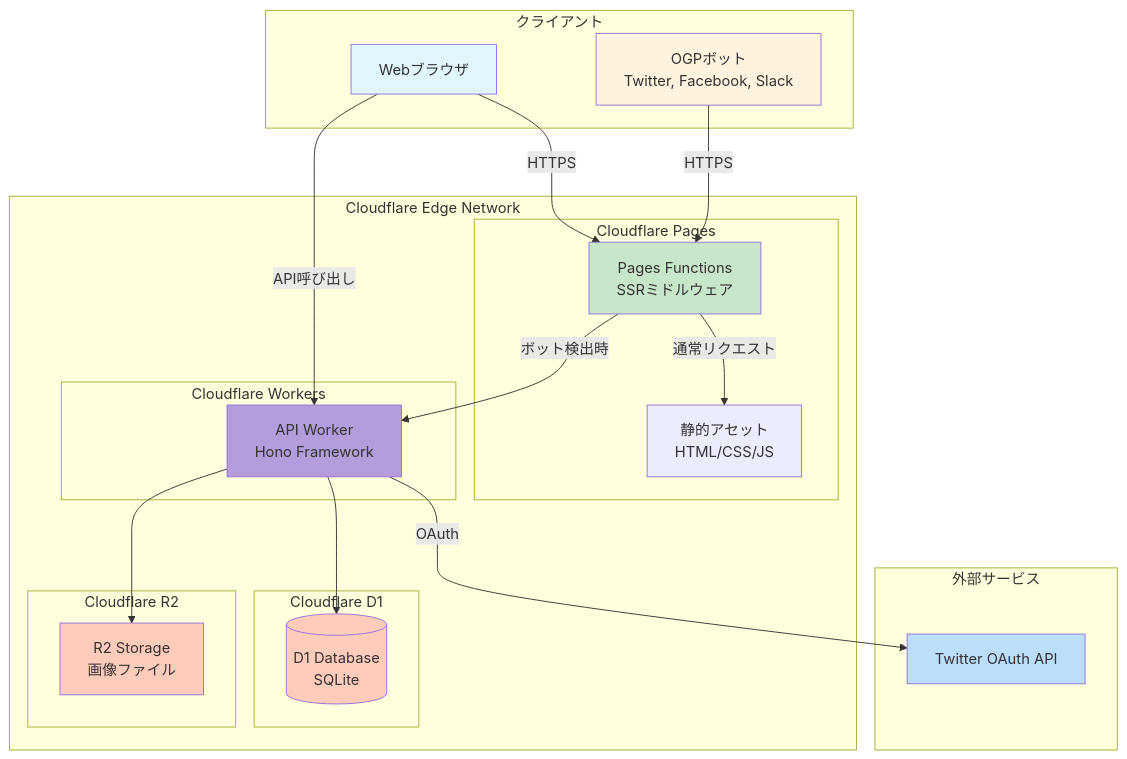
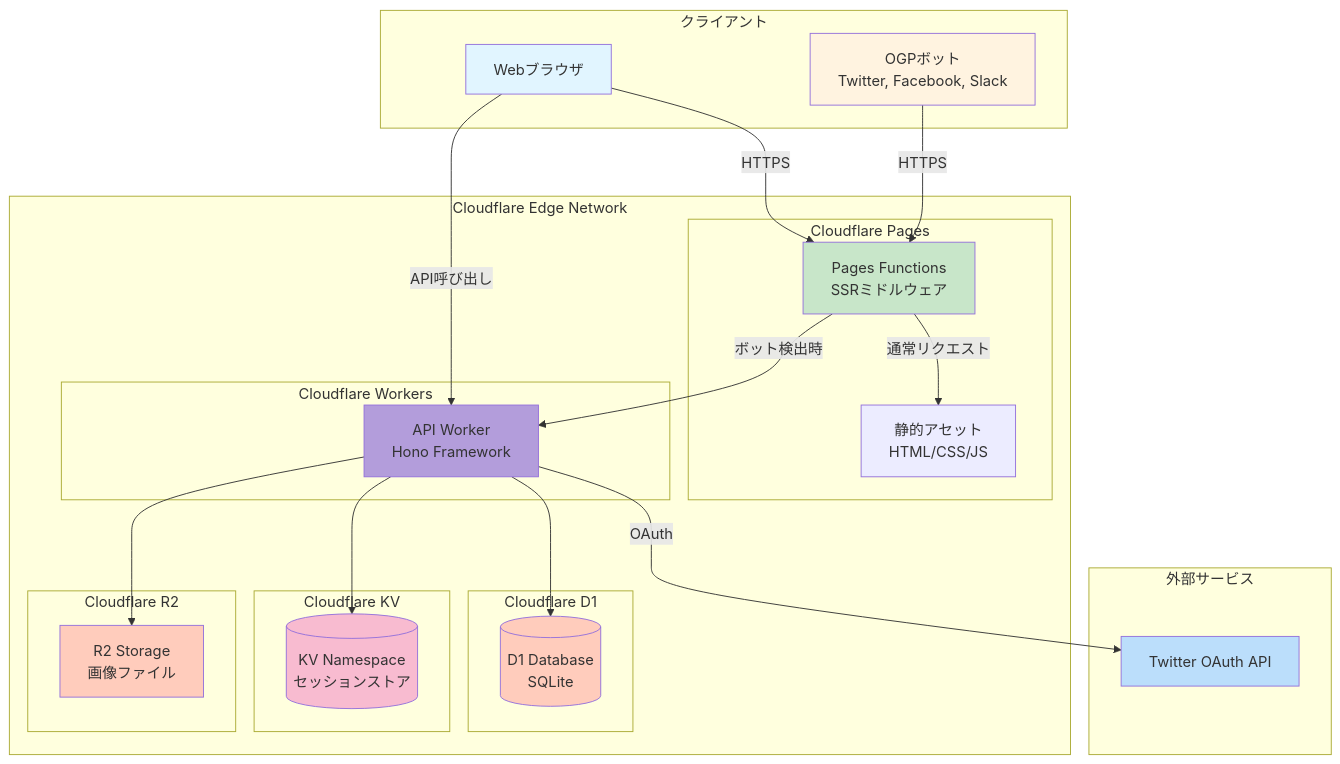
Before and after one commit to 7474/shumilog: the first of 8 diagrams in docs/architecture.md, drawn with Mermaid. The commit also changed other lines of this file, not shown here.

Commit message:
Update architecture documentation for KV-based sessions

````diff
--- a/docs/architecture.md
+++ b/docs/architecture.md
@@ -35,47 +36,53 @@
 ```mermaid
 graph TB
     subgraph "クライアント"
         Browser[Webブラウザ]
         Bot[OGPボット<br/>Twitter, Facebook, Slack]
     end
     
     subgraph "Cloudflare Edge Network"
         subgraph "Cloudflare Pages"
             PagesFunctions[Pages Functions<br/>SSRミドルウェア]
             StaticAssets[静的アセット<br/>HTML/CSS/JS]
         end
         
         subgraph "Cloudflare Workers"
             API[API Worker<br/>Hono Framework]
         end
         
         subgraph "Cloudflare D1"
             Database[(D1 Database<br/>SQLite)]
         end
         
+        subgraph "Cloudflare KV"
+            SessionStore[(KV Namespace<br/>セッションストア)]
+        end
+        
         subgraph "Cloudflare R2"
             Storage[R2 Storage<br/>画像ファイル]
         end
     end
     
     subgraph "外部サービス"
         Twitter[Twitter OAuth API]
     end
     
     Browser -->|HTTPS| PagesFunctions
     Bot -->|HTTPS| PagesFunctions
     PagesFunctions -->|通常リクエスト| StaticAssets
     PagesFunctions -->|ボット検出時| API
     Browser -->|API呼び出し| API
     API --> Database
+    API --> SessionStore
     API --> Storage
     API -->|OAuth| Twitter
     
     style Browser fill:#e1f5ff
     style Bot fill:#fff3e0
     style PagesFunctions fill:#c8e6c9
     style API fill:#b39ddb
     style Database fill:#ffccbc
+    style SessionStore fill:#f8bbd0
     style Storage fill:#ffccbc
     style Twitter fill:#bbdefb
 ```
````
